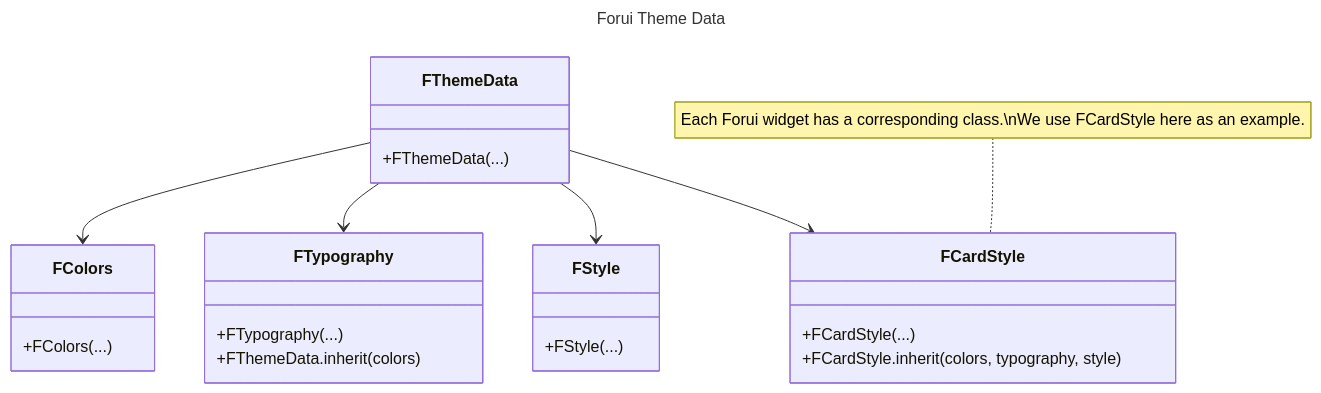
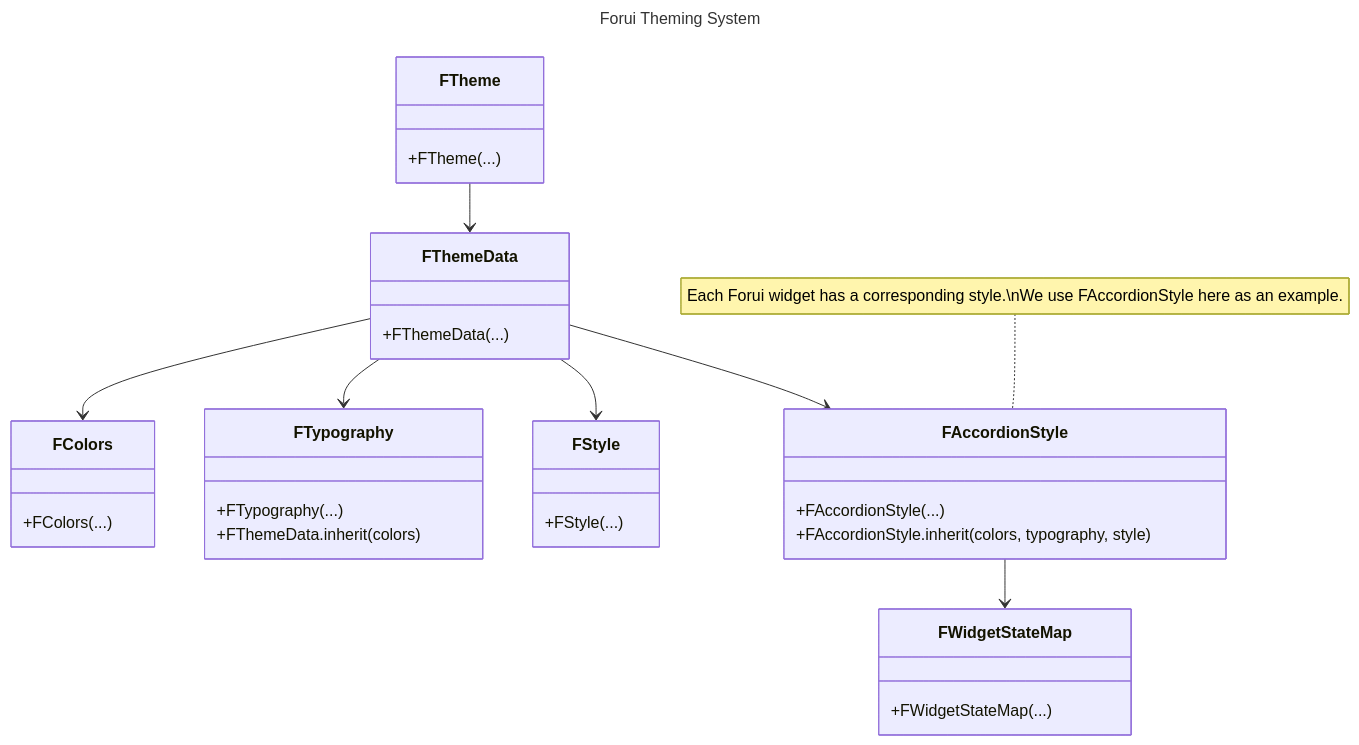
One commit to forus-labs/forui changed the diagram in docs/app/docs/themes/page.mdx. Above: the diagram before and after it, drawn with Mermaid. The commit also changed other lines of this file and 4 other files, not shown here.

````diff
--- a/docs/app/docs/themes/page.mdx
+++ b/docs/app/docs/themes/page.mdx
@@ -291,33 +20,43 @@
 ```mermaid
 ---
-title: Forui Theme Data
+title: Forui Theming System
 ---
 classDiagram
+class FTheme {
+    +FTheme(...)
+}
+
 class FThemeData {
     +FThemeData(...)
 }
 
 class FColors {
     +FColors(...)
 }
 
 class FTypography {
     +FTypography(...)
     +FThemeData.inherit(colors)
 }
 
 class FStyle {
     +FStyle(...)
 }
 
-class FCardStyle {
-    +FCardStyle(...)
-    +FCardStyle.inherit(colors, typography, style)
+class FAccordionStyle {
+    +FAccordionStyle(...)
+    +FAccordionStyle.inherit(colors, typography, style)
 }
-note for FCardStyle "Each Forui widget has a corresponding class.\nWe use FCardStyle here as an example."
+note for FAccordionStyle "Each Forui widget has a corresponding style.\nWe use FAccordionStyle here as an example."
 
+class FWidgetStateMap {
+    +FWidgetStateMap(...)
+}
+
+FTheme --> FThemeData
 FThemeData --> FColors
 FThemeData --> FTypography
 FThemeData --> FStyle
-FThemeData --> FCardStyle
+FThemeData --> FAccordionStyle
+FAccordionStyle --> FWidgetStateMap
 ```
````
